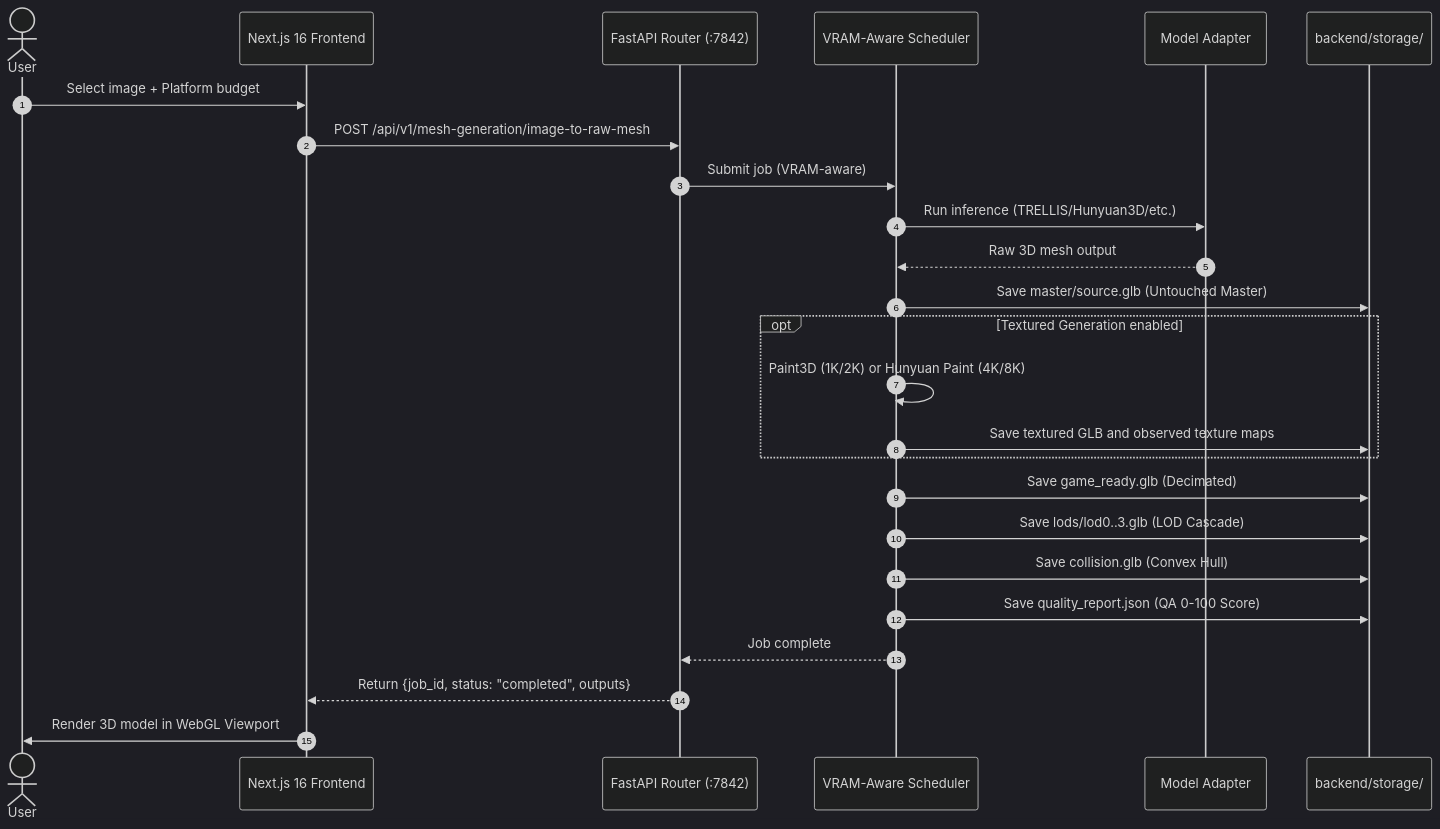
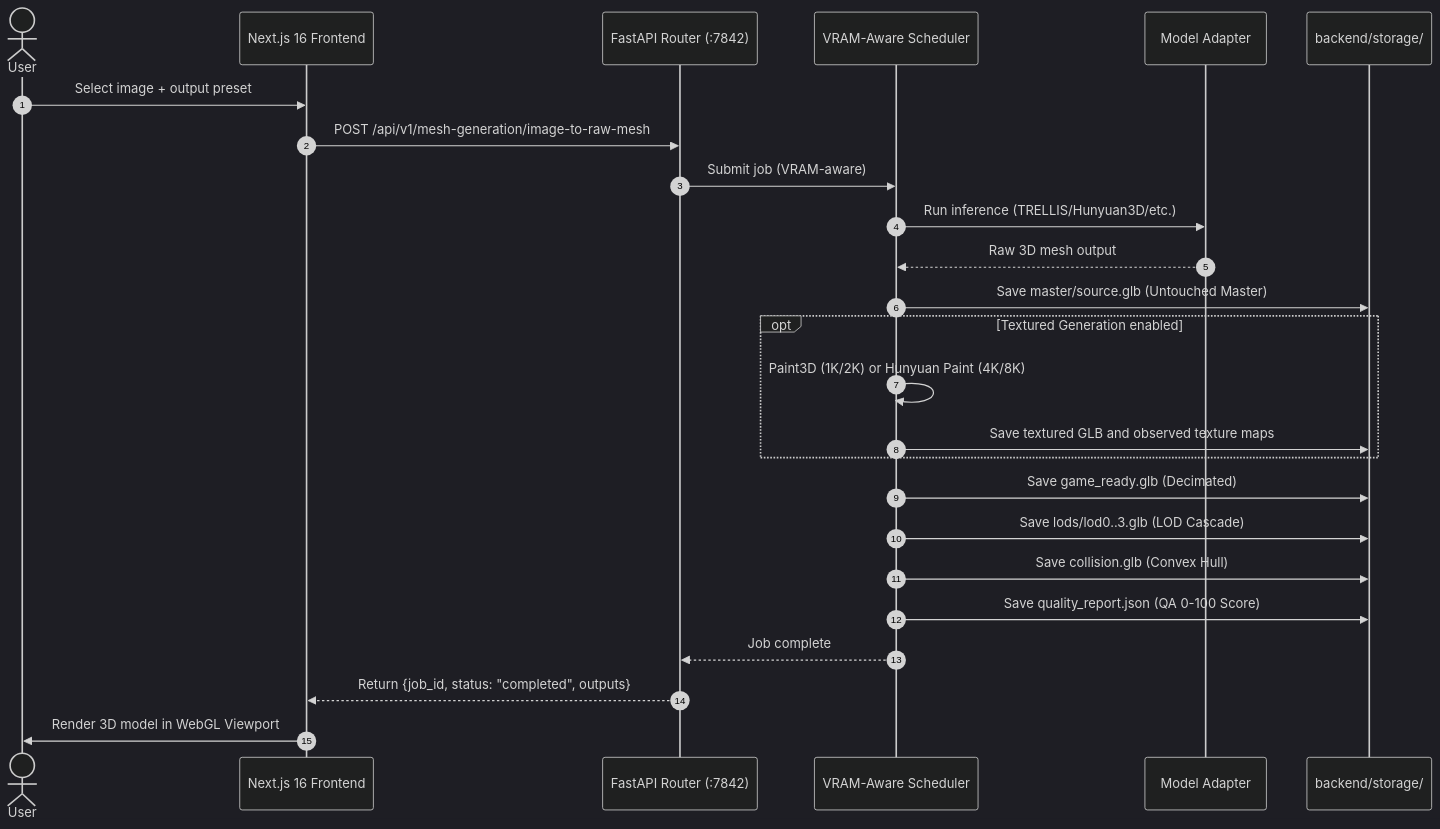
The second of 3 diagrams in Docs/PRD.md (Silentzx2/ForMash3D), drawn with Mermaid (dark theme) before and after one commit. The commit also changed other lines of this file and 27 other files, not shown here.

````diff
--- a/Docs/PRD.md
+++ b/Docs/PRD.md
@@ -198,28 +206,28 @@
 ```mermaid
 sequenceDiagram
     autonumber
     actor User
     participant Frontend as Next.js 16 Frontend
     participant API as FastAPI Router (:7842)
     participant SCHED as VRAM-Aware Scheduler
     participant Adapter as Model Adapter
     participant Storage as backend/storage/
 
-    User->>Frontend: Select image + Platform budget
+    User->>Frontend: Select image + output preset
     Frontend->>API: POST /api/v1/mesh-generation/image-to-raw-mesh
     API->>SCHED: Submit job (VRAM-aware)
     SCHED->>Adapter: Run inference (TRELLIS/Hunyuan3D/etc.)
     Adapter-->>SCHED: Raw 3D mesh output
     SCHED->>Storage: Save master/source.glb (Untouched Master)
     opt Textured Generation enabled
         SCHED->>SCHED: Paint3D (1K/2K) or Hunyuan Paint (4K/8K)
         SCHED->>Storage: Save textured GLB and observed texture maps
     end
     SCHED->>Storage: Save game_ready.glb (Decimated)
     SCHED->>Storage: Save lods/lod0..3.glb (LOD Cascade)
     SCHED->>Storage: Save collision.glb (Convex Hull)
     SCHED->>Storage: Save quality_report.json (QA 0-100 Score)
     SCHED-->>API: Job complete
     API-->>Frontend: Return {job_id, status: "completed", outputs}
     Frontend->>User: Render 3D model in WebGL Viewport
 ```
````
